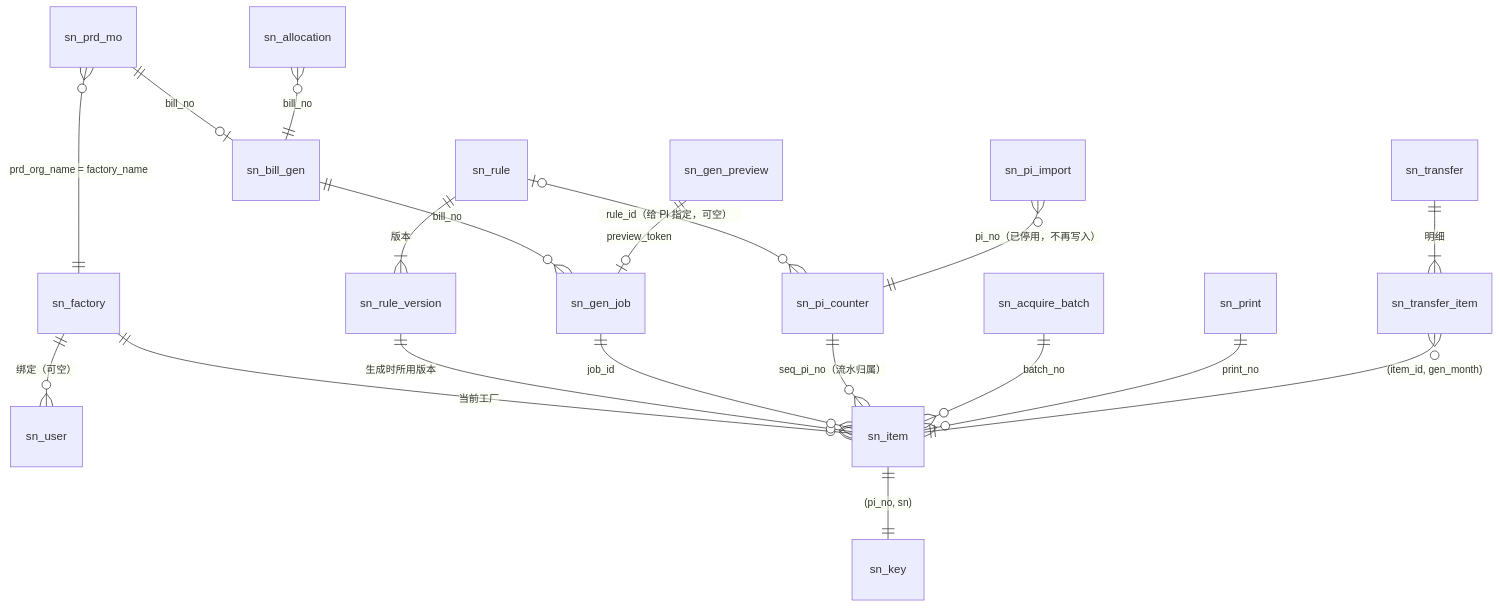
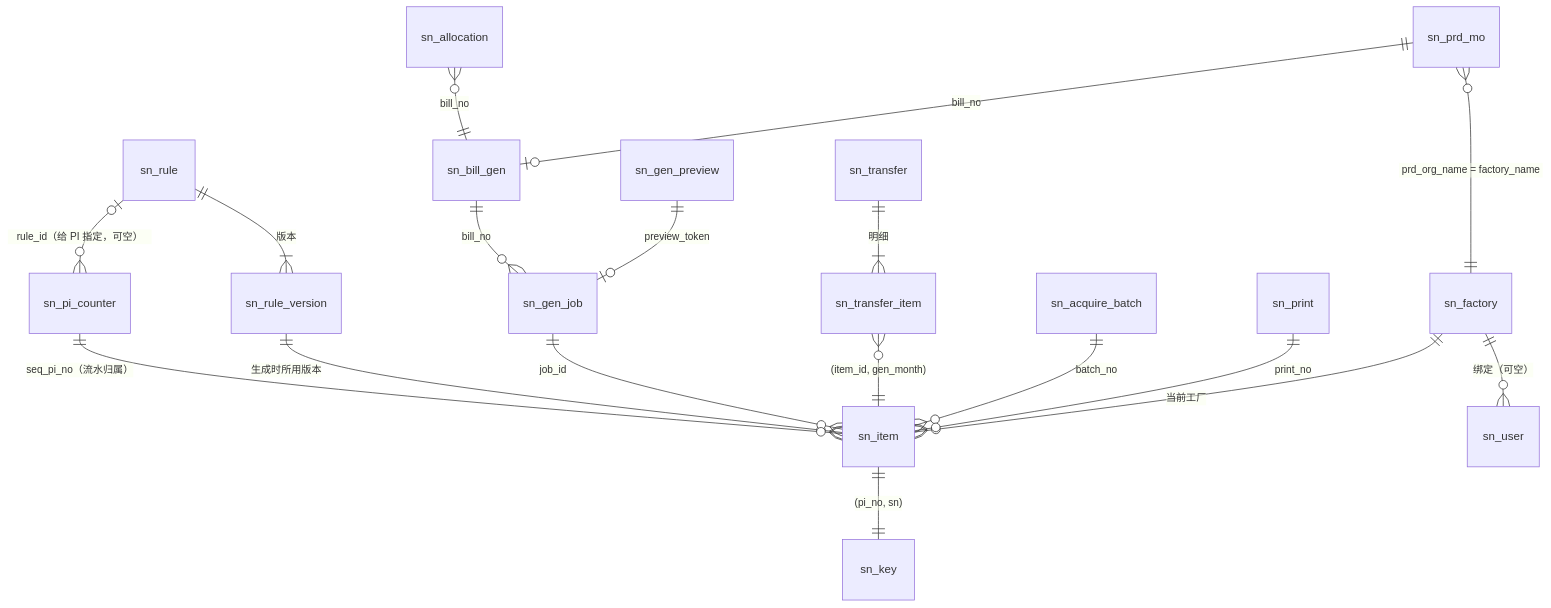
The diagram in docs/数据库表设计.md (Createsnow/sn-center), drawn with Mermaid before and after one commit. The commit also changed other lines of this file and 46 other files, not shown here.

````diff
--- a/docs/数据库表设计.md
+++ b/docs/数据库表设计.md
@@ -32,21 +32,20 @@
 ```mermaid
 erDiagram
     sn_factory ||--o{ sn_user : "绑定（可空）"
     sn_factory ||--o{ sn_item : "当前工厂"
     sn_rule ||--|{ sn_rule_version : "版本"
     sn_rule |o--o{ sn_pi_counter : "rule_id（给 PI 指定，可空）"
     sn_rule_version ||--o{ sn_item : "生成时所用版本"
     sn_prd_mo }o--|| sn_factory : "prd_org_name = factory_name"
     sn_prd_mo ||--o| sn_bill_gen : "bill_no"
     sn_bill_gen ||--o{ sn_gen_job : "bill_no"
     sn_gen_preview ||--o| sn_gen_job : "preview_token"
     sn_gen_job ||--o{ sn_item : "job_id"
     sn_pi_counter ||--o{ sn_item : "seq_pi_no（流水归属）"
     sn_item ||--|| sn_key : "(pi_no, sn)"
     sn_acquire_batch ||--o{ sn_item : "batch_no"
     sn_print ||--o{ sn_item : "print_no"
     sn_transfer ||--|{ sn_transfer_item : "明细"
     sn_transfer_item }o--|| sn_item : "(item_id, gen_month)"
     sn_allocation }o--|| sn_bill_gen : "bill_no"
-    sn_pi_import }o--|| sn_pi_counter : "pi_no（已停用，不再写入）"
 ```
````
